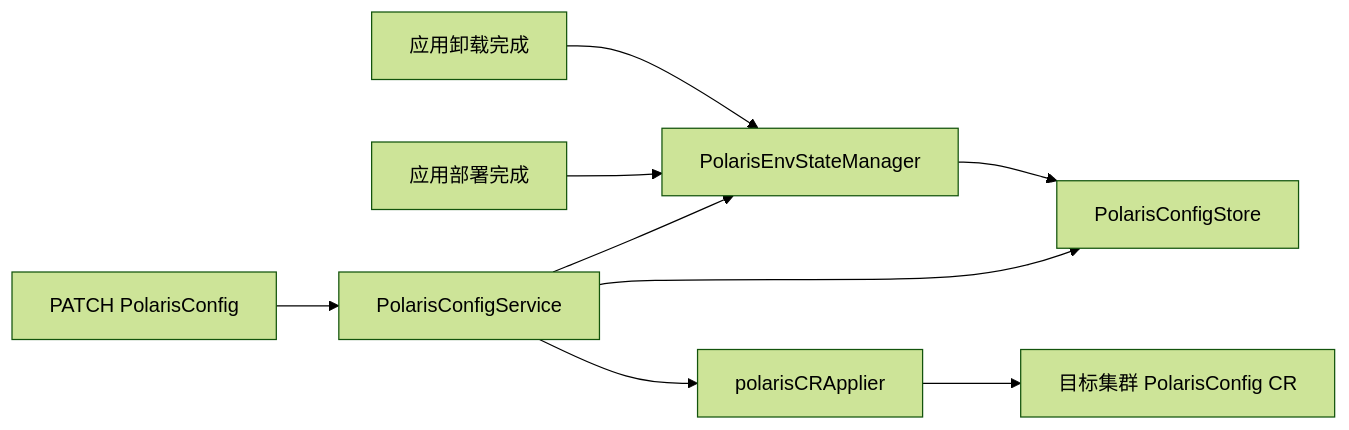
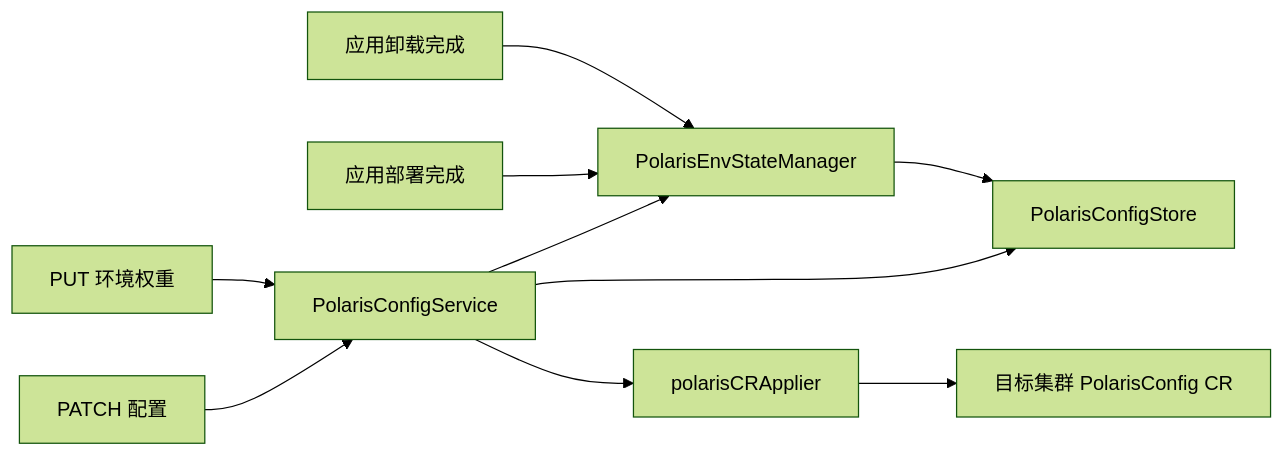
The first of 3 diagrams in bkms-server/design_notes/polaris_config_auto_sync.md (JoJohw/blueking-service-governance), drawn with Mermaid (forest theme) before and after one commit. The commit also changed other lines of this file and 37 other files, not shown here.

````diff
--- a/bkms-server/design_notes/polaris_config_auto_sync.md
+++ b/bkms-server/design_notes/polaris_config_auto_sync.md
@@ -102,12 +114,13 @@
 ```mermaid
 flowchart LR
-    Patch["PATCH PolarisConfig"] --> Service["PolarisConfigService"]
+    Patch["PATCH 配置"] --> Service["PolarisConfigService"]
+    PutWeight["PUT 环境权重"] --> Service
     Service --> ConfigStore["PolarisConfigStore"]
     Service --> StateManager["PolarisEnvStateManager"]
     Service --> Applier["polarisCRApplier"]
     Applier --> Cluster["目标集群 PolarisConfig CR"]
 
     Deploy["应用部署完成"] --> StateManager
     Uninstall["应用卸载完成"] --> StateManager
     StateManager --> ConfigStore
 ```
````
